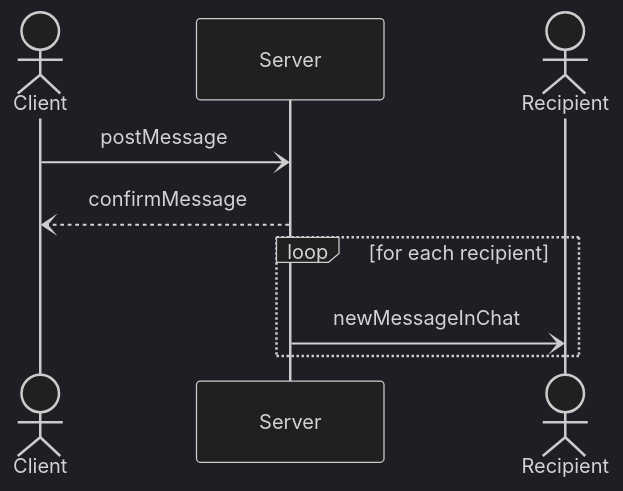
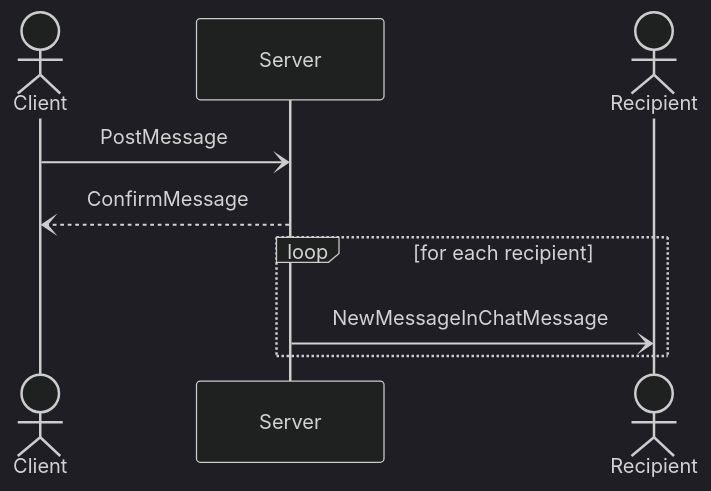
One commit to frephs/IS24-AM21 changed the sixth of 6 diagrams in documentation_wip/network_protocol.md. Above: the diagram before and after it, drawn with Mermaid (dark theme). The commit also changed other lines of this file, not shown here.

````diff
--- a/documentation_wip/network_protocol.md
+++ b/documentation_wip/network_protocol.md
@@ -218,10 +220,10 @@
 ```mermaid
 sequenceDiagram
-Actor Client
-    Client -) Server: postMessage
-    Server --) Client: confirmMessage
-Actor Recipient
+actor Client
+    Client -) Server: PostMessage
+    Server --) Client: ConfirmMessage
+actor Recipient
     loop for each recipient
-        Server -) Recipient: newMessageInChat
+        Server -) Recipient: NewMessageInChatMessage
     end
 ```
````
